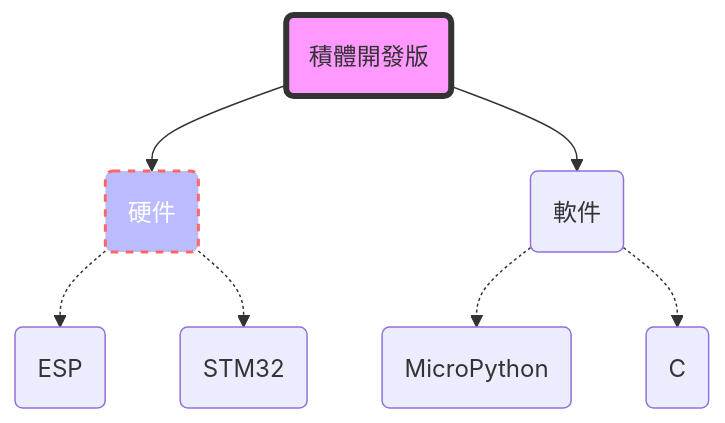
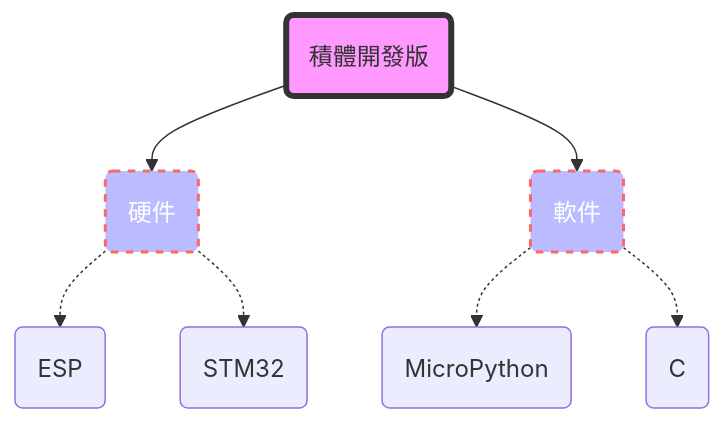
Before and after one commit to hkdickyko/hkdickyko.github.io: the diagram in _posts/2021-09-30-jekyll.md, drawn with Mermaid. The commit also changed other lines of this file, not shown here.

```diff
--- a/_posts/2021-09-30-jekyll.md
+++ b/_posts/2021-09-30-jekyll.md
@@ -102,19 +105,20 @@
 <div class="mermaid">
 graph TD;
     A("積體開發版");
     B("硬件");
     C("ESP");
     D("STM32");
     E("軟件");
     F("MicroPython");
     G("C");
     A-->B;
     B-.->C;
     B-.->D;
     A-->E;
     E-.->F;
     E-.->G;
 style A fill:#f9f,stroke:#333,stroke-width:4px;
 style B fill:#bbf,stroke:#f66,stroke-width:2px,color:#fff,stroke-dasharray: 5 5;
+style E fill:#bbf,stroke:#f66,stroke-width:2px,color:#fff,stroke-dasharray: 5 5;
 
 </div>
```
